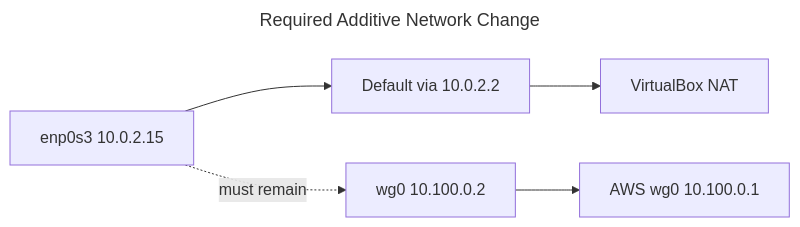
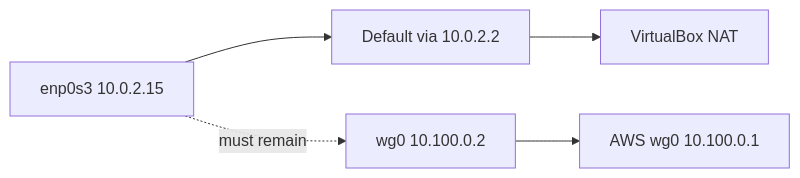
Diagram 32 of 35 in docs/track-2-secure-edge/README.md (naren4b/learn-talos), drawn with Mermaid before and after one commit. The commit also changed other lines of this file, not shown here.

Commit message:
docs: fix GitHub Mermaid rich display errors

````diff
--- a/docs/track-2-secure-edge/README.md
+++ b/docs/track-2-secure-edge/README.md
@@ -2066,10 +2061,7 @@
 ```mermaid
----
-title: Required Additive Network Change
----
 flowchart LR
     A[enp0s3 10.0.2.15] --> B[Default via 10.0.2.2]
     B --> C[VirtualBox NAT]
     D[wg0 10.100.0.2] --> E[AWS wg0 10.100.0.1]
     A -. must remain .-> D
 ```
````
